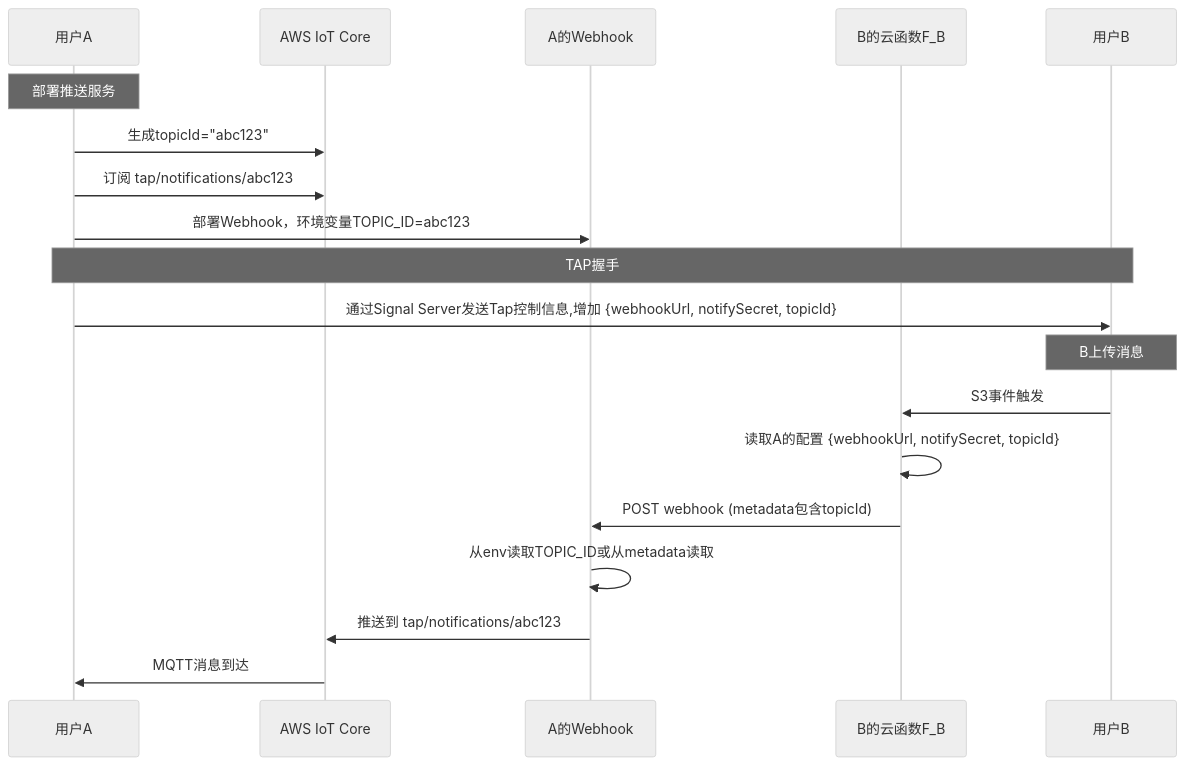
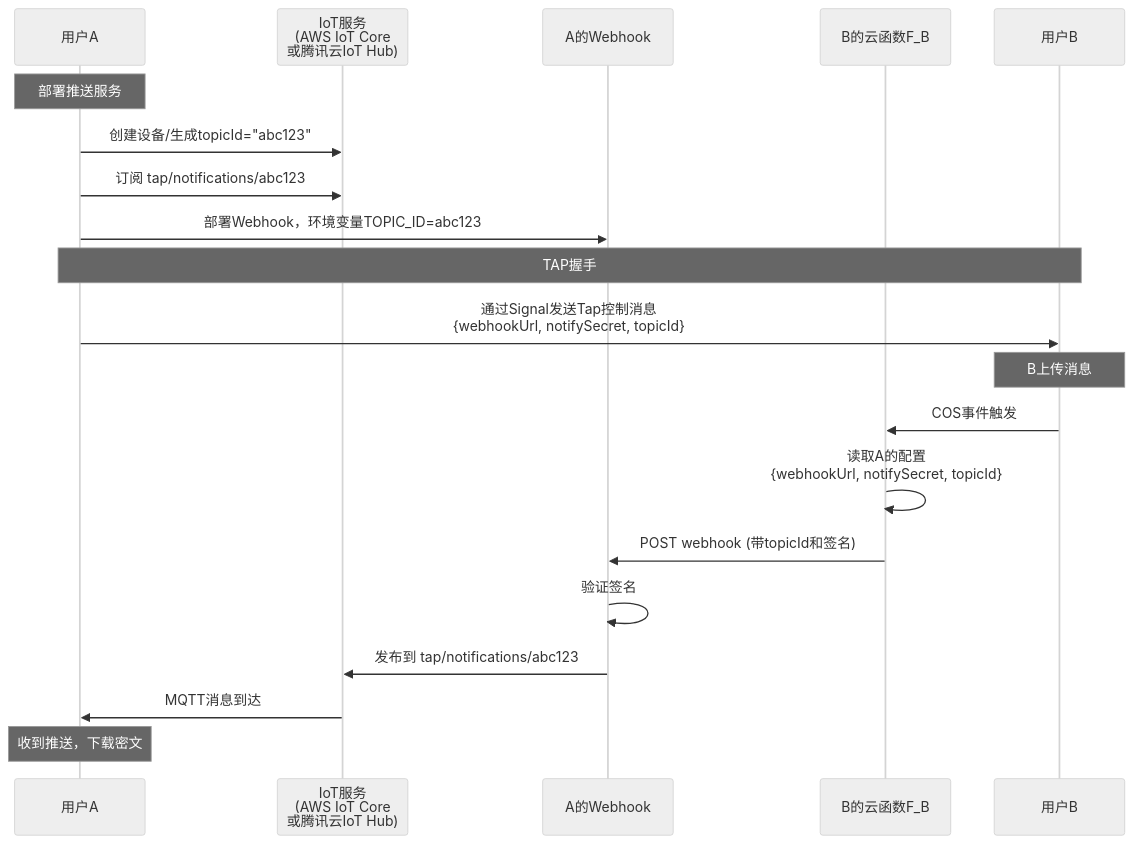
Before and after one commit to koabula/TapSignal: the first of 2 diagrams in PLAN_Notice.md, drawn with Mermaid (neutral theme). The commit also changed other lines of this file and 7 other files, not shown here.

````diff
--- a/PLAN_Notice.md
+++ b/PLAN_Notice.md
@@ -226,24 +234,25 @@
 ```mermaid
 sequenceDiagram
     participant A as 用户A
-    participant IoT as AWS IoT Core
+    participant IoT as IoT服务<br/>(AWS IoT Core<br/>或腾讯云IoT Hub)
     participant Webhook as A的Webhook
     participant F_B as B的云函数F_B
     participant B as 用户B
     
     Note over A: 部署推送服务
-    A->>IoT: 生成topicId="abc123"
+    A->>IoT: 创建设备/生成topicId="abc123"
     A->>IoT: 订阅 tap/notifications/abc123
     A->>Webhook: 部署Webhook，环境变量TOPIC_ID=abc123
     
     Note over A,B: TAP握手
-    A->>B: 通过Signal Server发送Tap控制信息,增加 {webhookUrl, notifySecret, topicId}
+    A->>B: 通过Signal发送Tap控制消息<br/>{webhookUrl, notifySecret, topicId}
     
     Note over B: B上传消息
-    B->>F_B: S3事件触发
-    F_B->>F_B: 读取A的配置 {webhookUrl, notifySecret, topicId}
-    F_B->>Webhook: POST webhook (metadata包含topicId)
-    Webhook->>Webhook: 从env读取TOPIC_ID或从metadata读取
-    Webhook->>IoT: 推送到 tap/notifications/abc123
+    B->>F_B: COS事件触发
+    F_B->>F_B: 读取A的配置<br/>{webhookUrl, notifySecret, topicId}
+    F_B->>Webhook: POST webhook (带topicId和签名)
+    Webhook->>Webhook: 验证签名
+    Webhook->>IoT: 发布到 tap/notifications/abc123
     IoT->>A: MQTT消息到达
+    Note over A: 收到推送，下载密文
 ```
````
